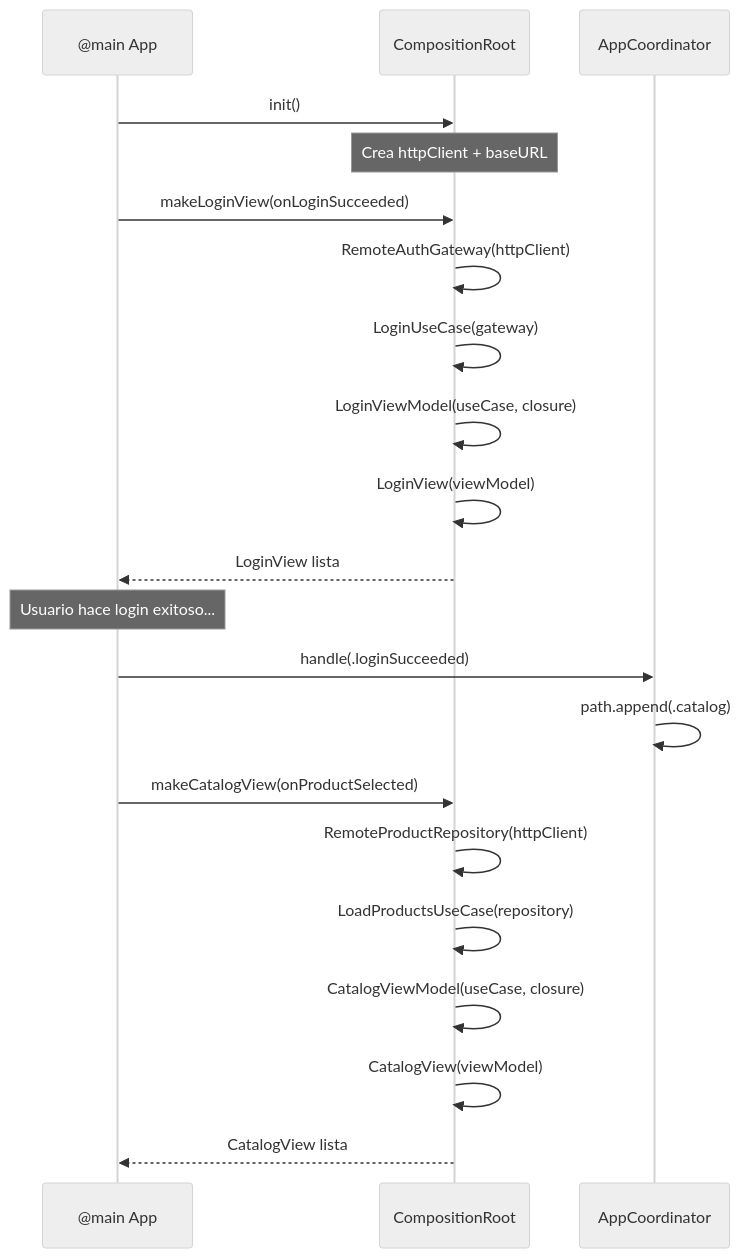
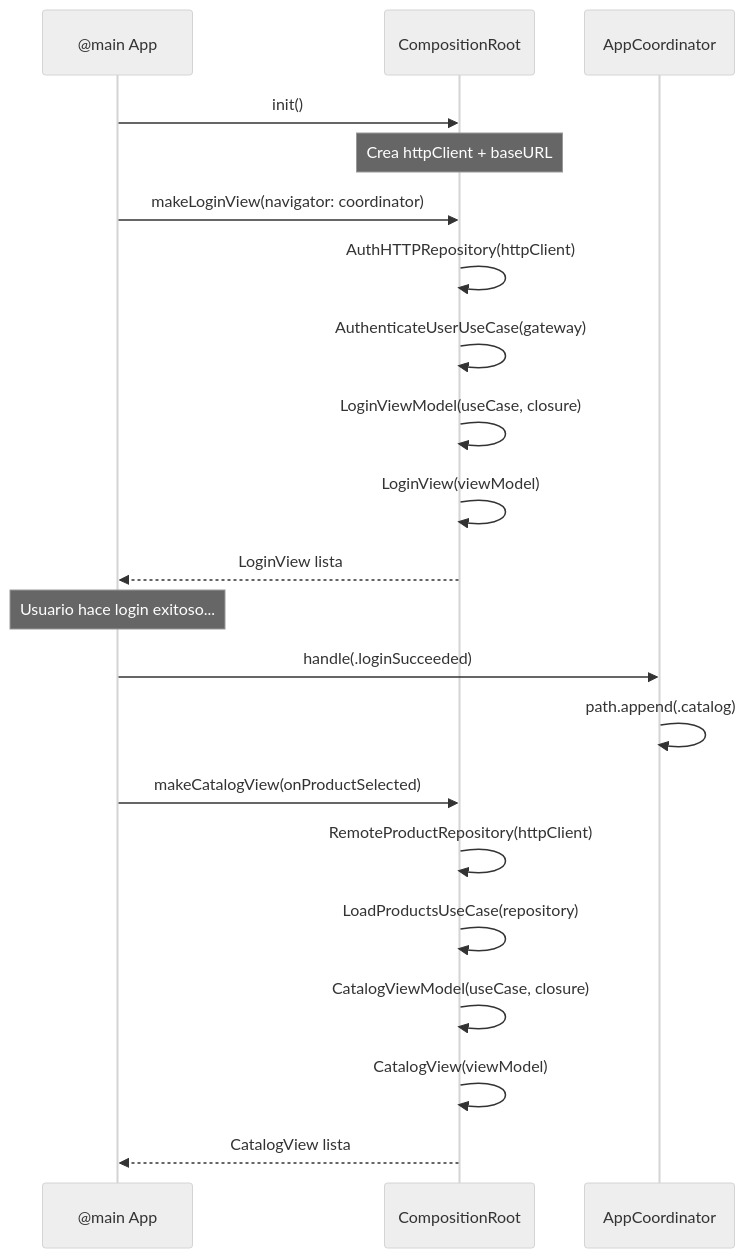
Before and after one commit to SwiftEnProfundidad/stack-my-architecture-ios: the second of 2 diagrams in 02-integracion/06-composition-root.md, drawn with Mermaid (neutral theme). The commit also changed other lines of this file and 50 other files, not shown here.

````diff
--- a/02-integracion/06-composition-root.md
+++ b/02-integracion/06-composition-root.md
@@ -281,28 +281,28 @@
 ```mermaid
 sequenceDiagram
     participant APP as @main App
     participant CR as CompositionRoot
     participant COORD as AppCoordinator
 
     APP->>CR: init()
     Note over CR: Crea httpClient + baseURL
 
-    APP->>CR: makeLoginView(onLoginSucceeded)
-    CR->>CR: RemoteAuthGateway(httpClient)
-    CR->>CR: LoginUseCase(gateway)
+    APP->>CR: makeLoginView(navigator: coordinator)
+    CR->>CR: AuthHTTPRepository(httpClient)
+    CR->>CR: AuthenticateUserUseCase(gateway)
     CR->>CR: LoginViewModel(useCase, closure)
     CR->>CR: LoginView(viewModel)
     CR-->>APP: LoginView lista
 
     Note over APP: Usuario hace login exitoso...
 
     APP->>COORD: handle(.loginSucceeded)
     COORD->>COORD: path.append(.catalog)
 
     APP->>CR: makeCatalogView(onProductSelected)
     CR->>CR: RemoteProductRepository(httpClient)
     CR->>CR: LoadProductsUseCase(repository)
     CR->>CR: CatalogViewModel(useCase, closure)
     CR->>CR: CatalogView(viewModel)
     CR-->>APP: CatalogView lista
 ```
````
